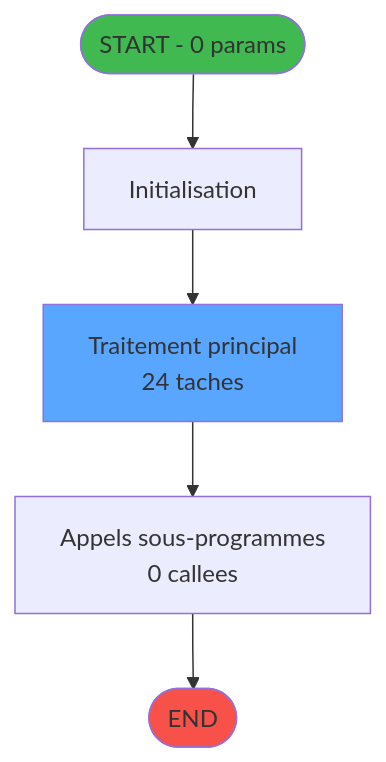
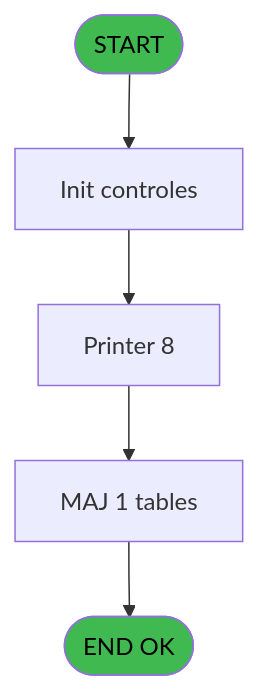
One commit to thonyAGP/magic-migration changed the first of 3 diagrams in .openspec/specs/ADH-IDE-71.md. Above: the diagram before and after it, drawn with Mermaid. The commit also changed other lines of this file and 253 other files, not shown here.

````diff
--- a/.openspec/specs/ADH-IDE-71.md
+++ b/.openspec/specs/ADH-IDE-71.md
@@ -89,14 +318,14 @@
 ```mermaid
 flowchart TD
-    START([START - 0 params])
-    INIT["Initialisation"]
-    PROCESS["Traitement principal<br/>24 taches"]
-    CALLS["Appels sous-programmes<br/>0 callees"]
-    ENDOK([END])
+    START([START])
+    INIT[Init controles]
+    SAISIE[Printer 8]
+    UPDATE[MAJ 1 tables]
+    ENDOK([END OK])
 
-    START --> INIT --> PROCESS --> CALLS --> ENDOK
+    START --> INIT --> SAISIE
+    SAISIE --> UPDATE --> ENDOK
 
-    style START fill:#3fb950
-    style ENDOK fill:#f85149
-    style PROCESS fill:#58a6ff
+    style START fill:#3fb950,color:#000
+    style ENDOK fill:#3fb950,color:#000
 ```
````
